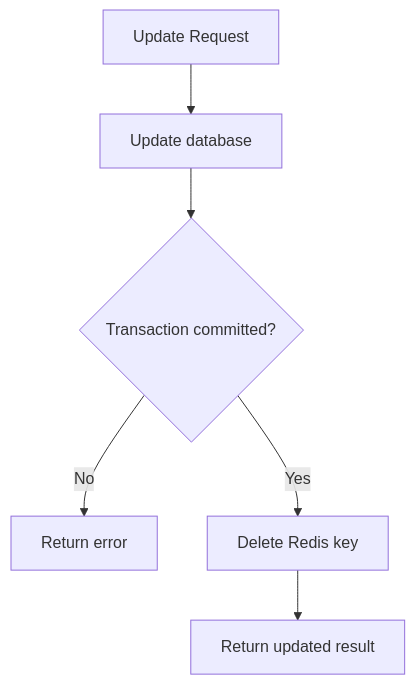
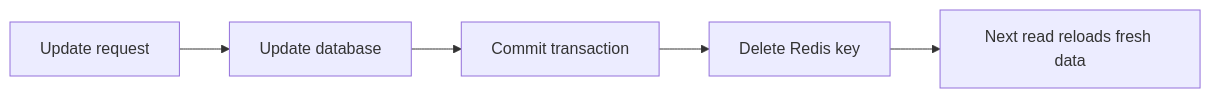
Before and after one commit to AvadhBhalodiya/Interview-Preparation: the first of 7 diagrams in src/content/caching/cache-invalidation.md, drawn with Mermaid. The commit also changed other lines of this file and 54 other files, not shown here.

````diff
--- a/src/content/caching/cache-invalidation.md
+++ b/src/content/caching/cache-invalidation.md
@@ -21,8 +25,7 @@
 ```mermaid
-flowchart TD
-    A[Update Request] --> B[Update database]
-    B --> C{Transaction committed?}
-    C -->|No| D[Return error]
-    C -->|Yes| E[Delete Redis key]
-    E --> F[Return updated result]
+flowchart LR
+    A[Update request] --> B[Update database]
+    B --> C[Commit transaction]
+    C --> D[Delete Redis key]
+    D --> E[Next read reloads fresh data]
 ```
````
